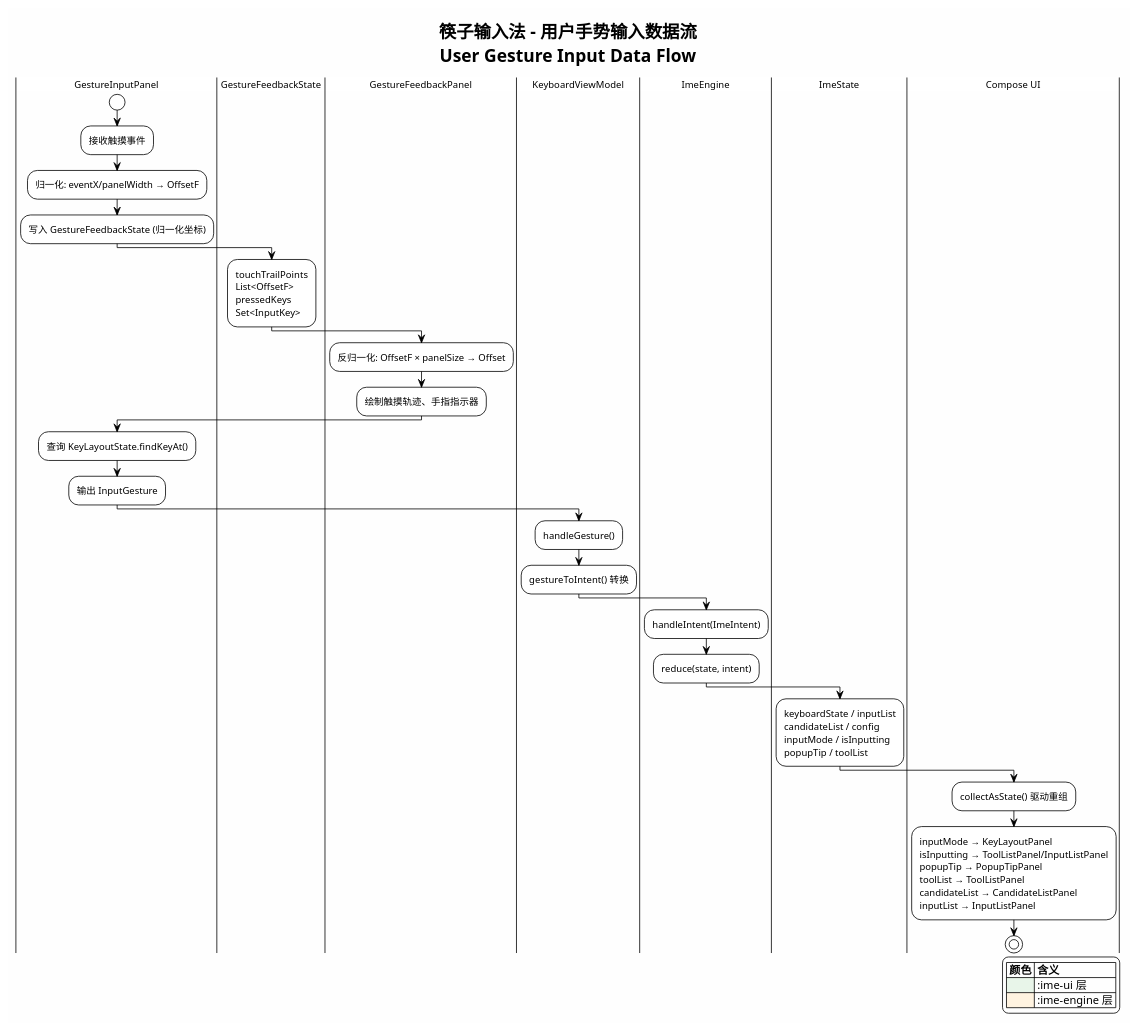
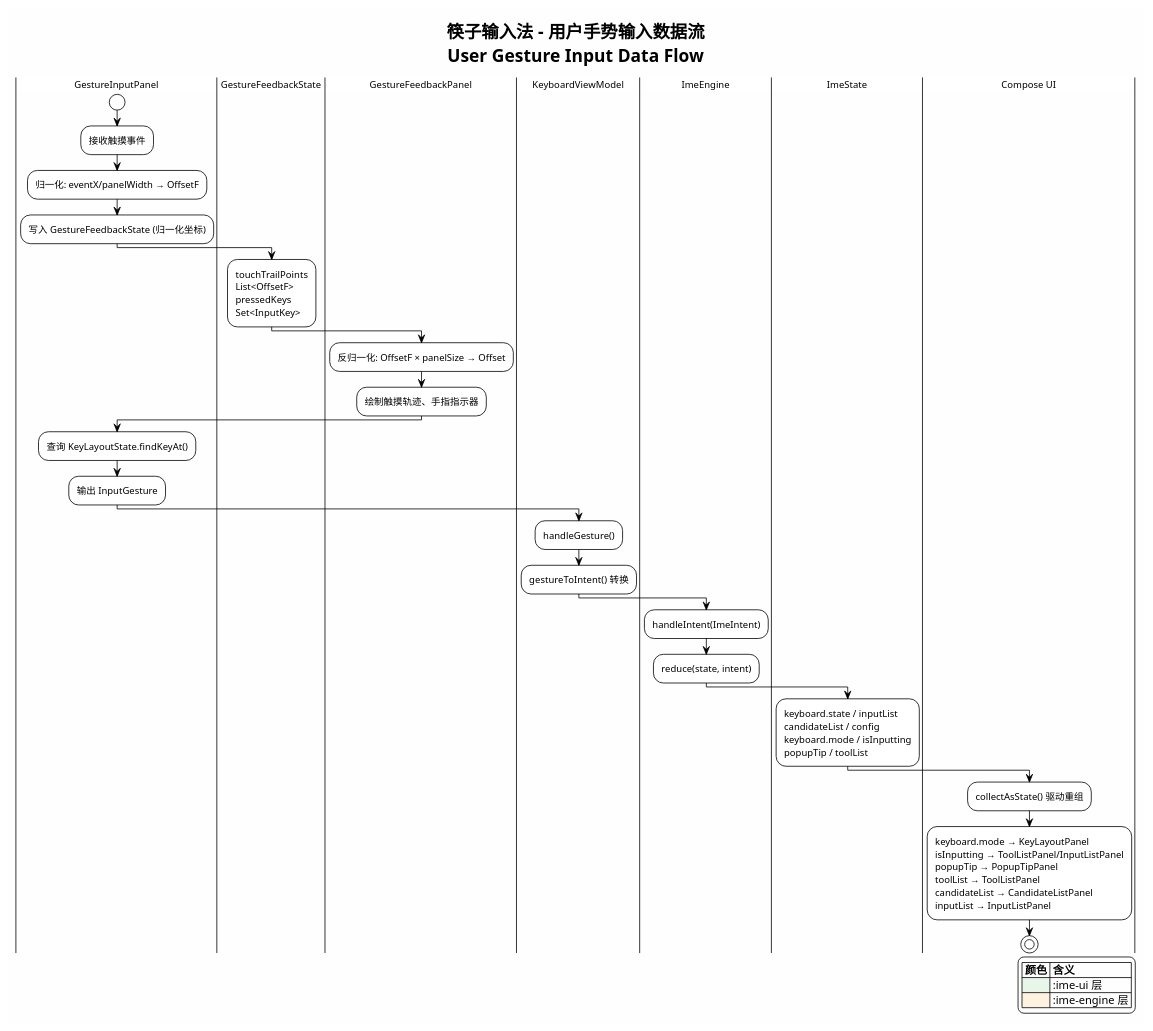
Before and after one commit to crazydan-studio/kuaizi-ime-android: the diagram in docs/ai-agent/v4/design/diagrams/ui-gesture-input-data-flow.puml, drawn with PlantUML. The commit also changed 16 other files, not shown here.

Commit message:
refactor: 定义 KeyboardIntentHandler 替换 sealed class Keyboard，将 KeyboardType/InputMode/State 绑定到 Keyboard data class，更新 ImeState 和所有相关文档

```diff
--- a/docs/ai-agent/v4/design/diagrams/ui-gesture-input-data-flow.puml
+++ b/docs/ai-agent/v4/design/diagrams/ui-gesture-input-data-flow.puml
@@ -1,50 +1,50 @@
 @startuml ui-gesture-input-data-flow
 !theme plain
 skinparam backgroundColor #FEFEFE
 skinparam shadowing false
 skinparam defaultFontSize 12
 skinparam activityFontSize 12
 
 title 筷子输入法 - 用户手势输入数据流\nUser Gesture Input Data Flow
 
 |GestureInputPanel|
 start
 :接收触摸事件;
 :归一化: eventX/panelWidth → OffsetF;
 :写入 GestureFeedbackState (归一化坐标);
 
 |GestureFeedbackState|
 :touchTrailPoints\nList<OffsetF>\npressedKeys\nSet<InputKey>;
 
 |GestureFeedbackPanel|
 :反归一化: OffsetF × panelSize → Offset;
 :绘制触摸轨迹、手指指示器;
 
 |GestureInputPanel|
 :查询 KeyLayoutState.findKeyAt();
 :输出 InputGesture;
 
 |KeyboardViewModel|
 :handleGesture();
 :gestureToIntent() 转换;
 
 |ImeEngine|
 :handleIntent(ImeIntent);
 :reduce(state, intent);
 
 |ImeState|
-:keyboardState / inputList\ncandidateList / config\ninputMode / isInputting\npopupTip / toolList;
+:keyboard.state / inputList\ncandidateList / config\nkeyboard.mode / isInputting\npopupTip / toolList;
 
 |Compose UI|
 :collectAsState() 驱动重组;
-:inputMode → KeyLayoutPanel\nisInputting → ToolListPanel/InputListPanel\npopupTip → PopupTipPanel\ntoolList → ToolListPanel\ncandidateList → CandidateListPanel\ninputList → InputListPanel;
+:keyboard.mode → KeyLayoutPanel\nisInputting → ToolListPanel/InputListPanel\npopupTip → PopupTipPanel\ntoolList → ToolListPanel\ncandidateList → CandidateListPanel\ninputList → InputListPanel;
 
 stop
 
 legend right
     |= 颜色 |= 含义 |
     |<#E8F5E9>| :ime-ui 层 |
     |<#FFF3E0>| :ime-engine 层 |
 endlegend
 
 @enduml
```
